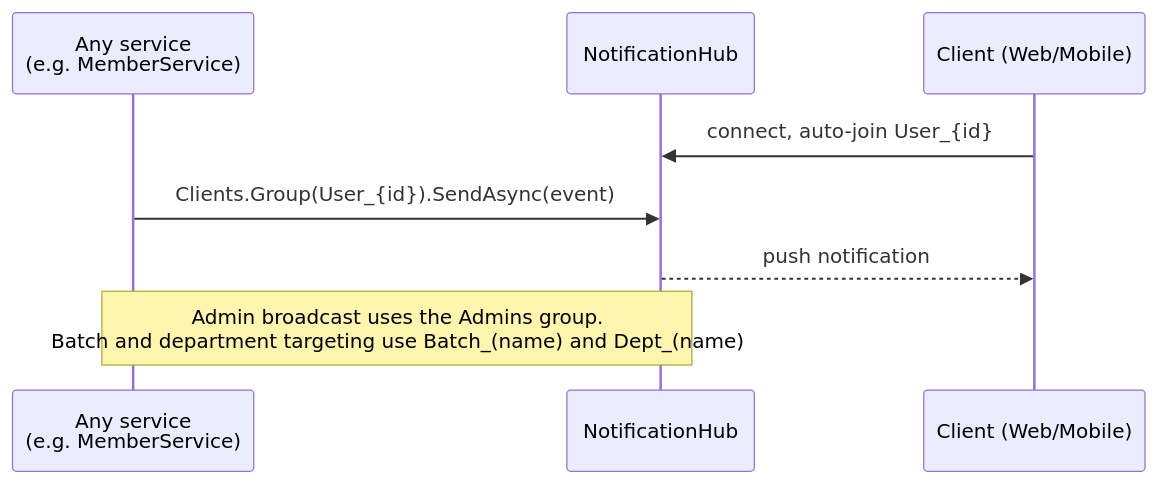
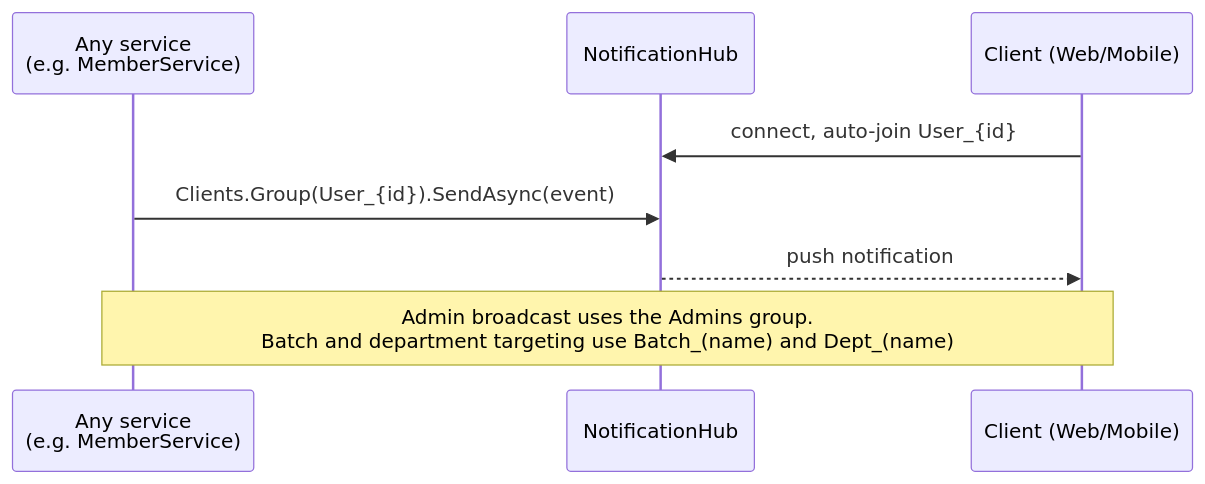
Diagram 18 of 19 in docs/book/05-system-analysis.md (shalin-rahman/GHCAA), drawn with Mermaid before and after one commit. The commit also changed other lines of this file and 35 other files, not shown here.

````diff
--- a/docs/book/05-system-analysis.md
+++ b/docs/book/05-system-analysis.md
@@ -556,10 +556,10 @@
 ```mermaid
 sequenceDiagram
     participant S as Any service<br/>(e.g. MemberService)
     participant H as NotificationHub
     participant C as Client (Web/Mobile)
     C->>H: connect, auto-join User_{id}
     S->>H: Clients.Group(User_{id}).SendAsync(event)
     H-->>C: push notification
-    Note over S,H: Admin broadcast uses the Admins group.<br/>Batch and department targeting use Batch_(name) and Dept_(name)
+    Note over S,C: Admin broadcast uses the Admins group.<br/>Batch and department targeting use Batch_(name) and Dept_(name)
 ```
````
